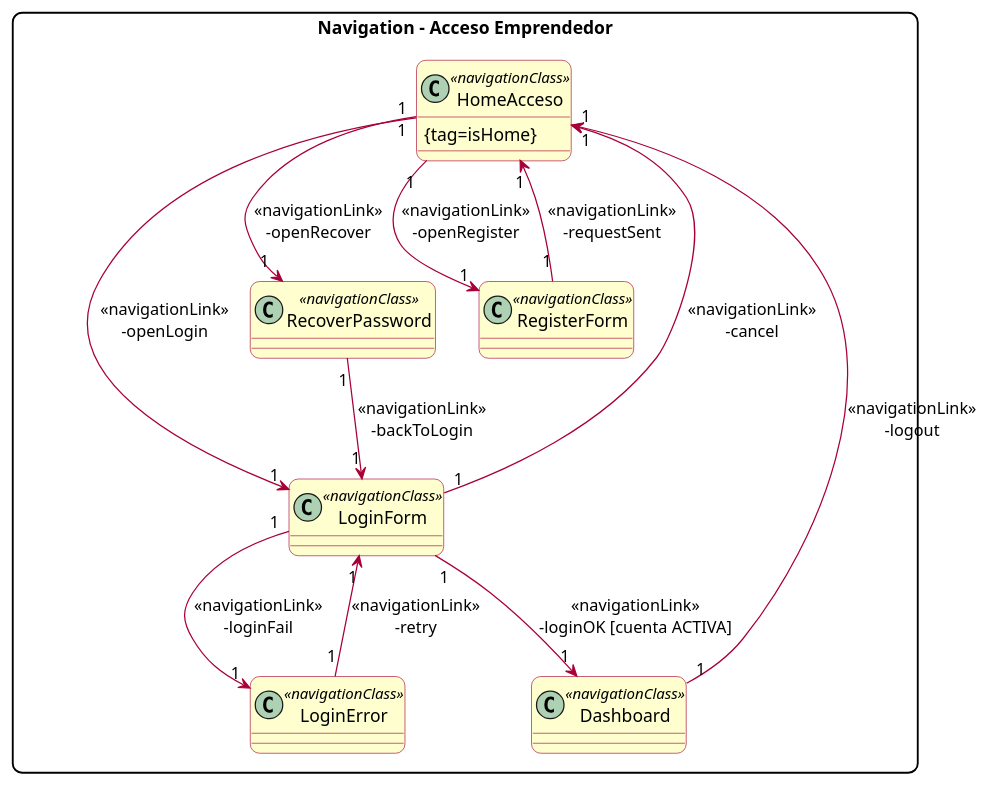
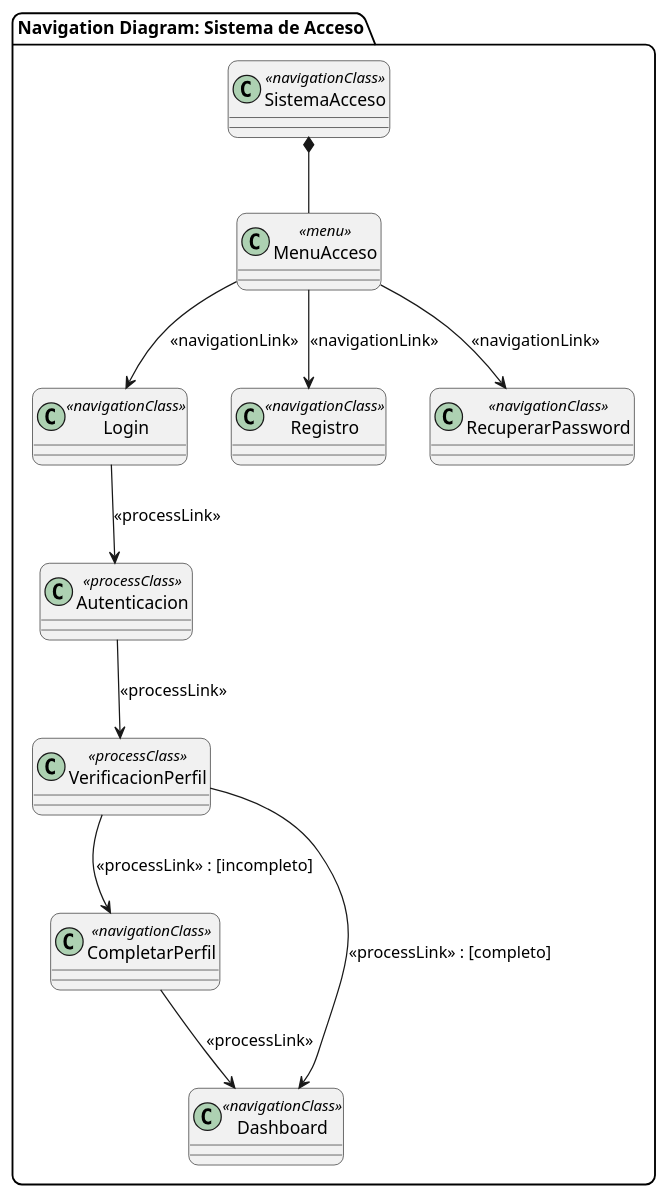
The diagram in Navigation Model/entrepenuer/login_navigation_model.puml (AtomicDevelopers/UWE-Tienda-Colectiva), drawn with PlantUML before and after one commit. The commit also changed 6 other files, not shown here.

```diff
--- a/Navigation Model/entrepenuer/login_navigation_model.puml
+++ b/Navigation Model/entrepenuer/login_navigation_model.puml
@@ -1,45 +1,48 @@
-@startuml login_navigation_model
+@startuml
+skinparam shadow false
+skinparam roundCorner 15
 
-skinparam shadow false
-skinparam packageStyle rectangle
-skinparam roundCorner 15
-skinparam class {
-  BackgroundColor #FEFECE
-  BorderColor #A80036
-  ArrowColor #A80036
-}
+package "Navigation Diagram: Sistema de Acceso" {
 
-package "Navigation - Acceso Emprendedor" {
+    ' La "Clase de Navegación" principal que agrupa todo
+    class "SistemaAcceso" as Nav_System <<navigationClass>>
 
-  class "HomeAcceso" as Home <<navigationClass>> {
-    {tag=isHome}
-  }
+    ' El Menú (como el MainMenu de tu imagen)
+    class "MenuAcceso" as Menu <<menu>>
 
-  class "LoginForm" as Login <<navigationClass>>
-  class "RegisterForm" as Register <<navigationClass>>
-  class "RecoverPassword" as Recover <<navigationClass>>
+    ' Clases de Navegación (Páginas)
+    class "Login" as Nav_Login <<navigationClass>>
+    class "Registro" as Nav_Register <<navigationClass>>
+    class "RecuperarPassword" as Nav_Recover <<navigationClass>>
+    class "CompletarPerfil" as Nav_Setup <<navigationClass>>
+    class "Dashboard" as Nav_Home <<navigationClass>>
 
-  class "Dashboard" as Dashboard <<navigationClass>>
-  class "LoginError" as LoginError <<navigationClass>>
+    ' Clases de Proceso (Como el ContactCreation de tu imagen)
+    ' Estas manejan la lógica que "mueve" al usuario
+    class "Autenticacion" as Proc_Auth <<processClass>>
+    class "VerificacionPerfil" as Proc_Check <<processClass>>
 
-  ' Entrada principal
-  Home "1" --> "1" Login : <<navigationLink>>\n-openLogin
-  Home "1" --> "1" Register : <<navigationLink>>\n-openRegister
-  Home "1" --> "1" Recover : <<navigationLink>>\n-openRecover
+    ' --- RELACIONES ---
 
-  ' Login
-  Login "1" --> "1" Dashboard : <<navigationLink>>\n-loginOK [cuenta ACTIVA]
-  Login "1" --> "1" LoginError : <<navigationLink>>\n-loginFail
-  LoginError "1" --> "1" Login : <<navigationLink>>\n-retry
+    ' El sistema tiene un menú principal
+    Nav_System *-- Menu
 
-  ' Register
-  Register "1" --> "1" Home : <<navigationLink>>\n-requestSent
+    ' El menú da acceso a las páginas de entrada
+    Menu --> Nav_Login : <<navigationLink>>
+    Menu --> Nav_Register : <<navigationLink>>
+    Menu --> Nav_Recover : <<navigationLink>>
 
-  ' Recover
-  Recover "1" --> "1" Login : <<navigationLink>>\n-backToLogin
+    ' Flujo de Login hacia el proceso (Igual que MainMenu -> ContactCreation)
+    Nav_Login --> Proc_Auth : <<processLink>>
+    
+    ' El proceso de autenticación dispara la verificación
+    Proc_Auth --> Proc_Check : <<processLink>>
 
-  ' Cancelar / salir
-  Login "1" --> "1" Home : <<navigationLink>>\n-cancel
-  Dashboard "1" --> "1" Home : <<navigationLink>>\n-logout
+    ' La verificación redirige según el estado (Navegación dirigida)
+    Proc_Check --> Nav_Setup : <<processLink>> : [incompleto]
+    Proc_Check --> Nav_Home : <<processLink>> : [completo]
+
+    ' El proceso de completar perfil termina en el Home
+    Nav_Setup --> Nav_Home : <<processLink>>
 }
 @enduml
```
